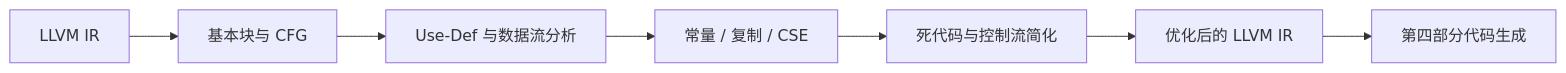
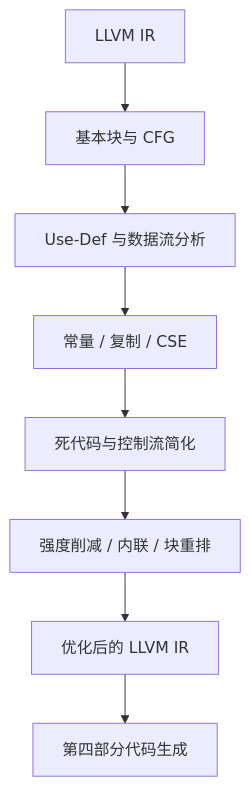
One commit to lightsmilew/compiler-principles changed the first of 4 diagrams in docs/labs/part5-ir-optimization.md. Above: the diagram before and after it, drawn with Mermaid. The commit also changed other lines of this file and 36 other files, not shown here.

````diff
--- a/docs/labs/part5-ir-optimization.md
+++ b/docs/labs/part5-ir-optimization.md
@@ -16,9 +16,10 @@
 ```mermaid
-flowchart LR
+flowchart TB
   I[LLVM IR] --> B[基本块与 CFG]
   B --> D[Use-Def 与数据流分析]
   D --> C[常量 / 复制 / CSE]
   C --> X[死代码与控制流简化]
-  X --> O[优化后的 LLVM IR]
+  X --> S[强度削减 / 内联 / 块重排]
+  S --> O[优化后的 LLVM IR]
   O --> G[第四部分代码生成]
 ```
````
